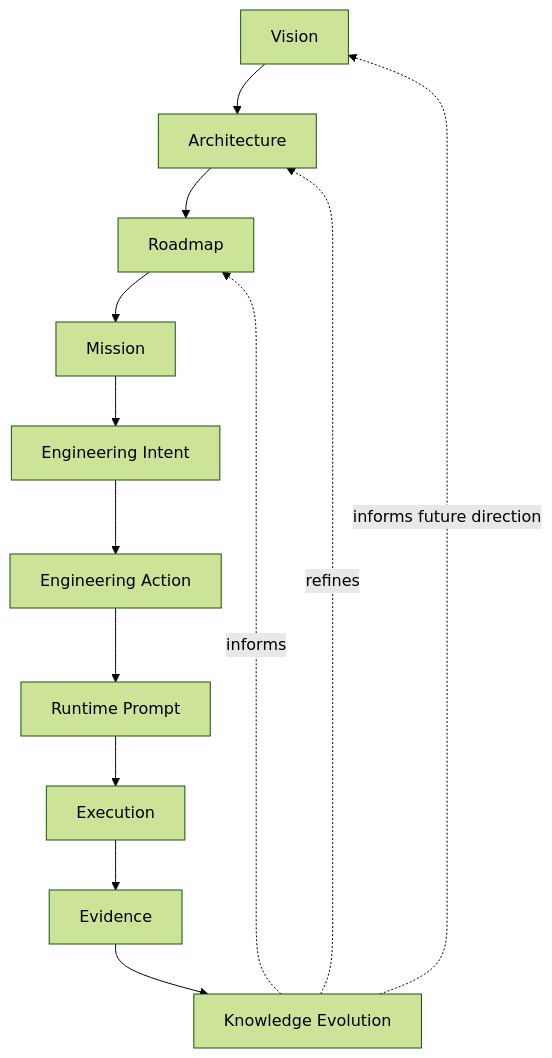
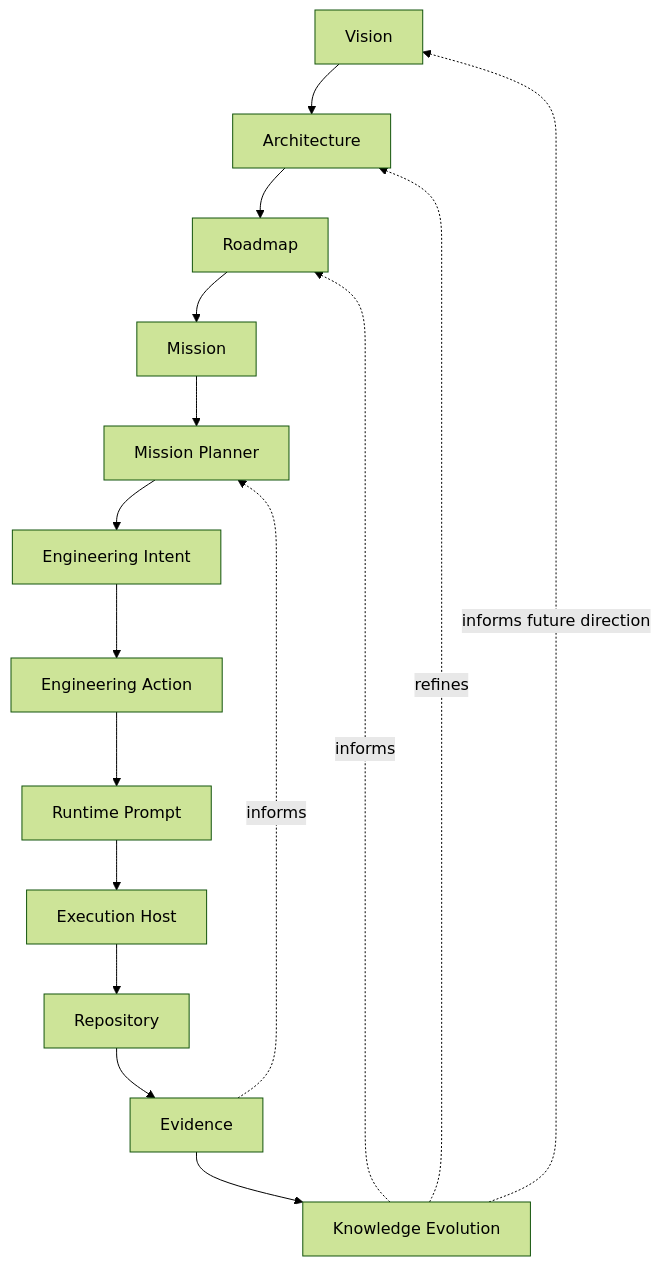
One commit to pcvantol/forge changed the first of 5 diagrams in knowledge/bootstrap/05_ENGINEERING_MODEL.md. Above: the diagram before and after it, drawn with Mermaid (forest theme). The commit also changed other lines of this file and 15 other files, not shown here.

Commit message:
docs: reconcile mission-driven engineering architecture

````diff
--- a/knowledge/bootstrap/05_ENGINEERING_MODEL.md
+++ b/knowledge/bootstrap/05_ENGINEERING_MODEL.md
@@ -13,15 +13,18 @@
 ```mermaid
 flowchart TD
     V[Vision] --> A[Architecture]
     A --> R[Roadmap]
     R --> M[Mission]
-    M --> I[Engineering Intent]
+    M --> MP[Mission Planner]
+    MP --> I[Engineering Intent]
     I --> AC[Engineering Action]
     AC --> PR[Runtime Prompt]
-    PR --> EX[Execution]
-    EX --> EV[Evidence]
+    PR --> EH[Execution Host]
+    EH --> RE[Repository]
+    RE --> EV[Evidence]
+    EV -. informs .-> MP
     EV --> KE[Knowledge Evolution]
     KE -. informs future direction .-> V
     KE -. refines .-> A
     KE -. informs .-> R
 ```
````
